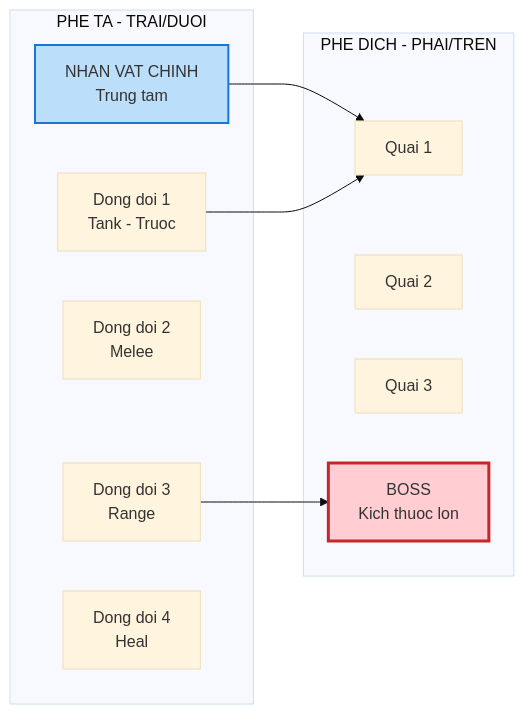
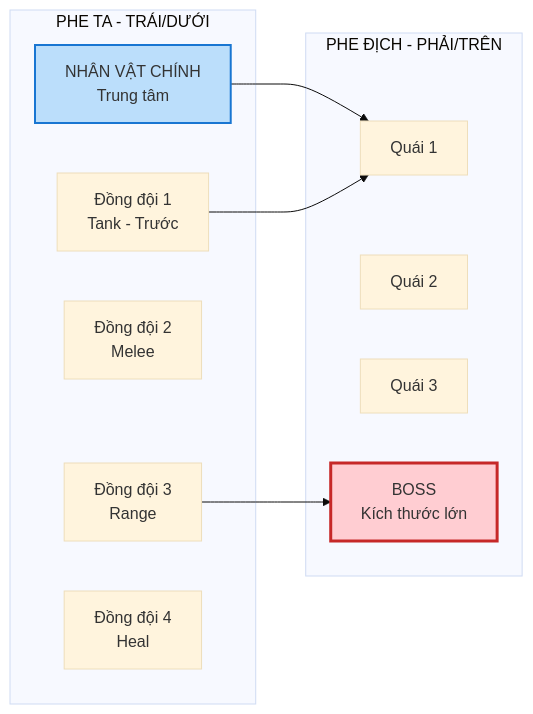
Before and after one commit to luantran-working/idlegame-designdocs: the second of 2 diagrams in docs/chi-tiet-man-hinh-chien-dau.md, drawn with Mermaid (base theme). The commit also changed other lines of this file and 16 other files, not shown here.

Commit message:
feat: Introduce extensive game design documentation covering game systems, UI, and roadmap, and enable Mermaid diagram support in Docusaurus.

````diff
--- a/docs/chi-tiet-man-hinh-chien-dau.md
+++ b/docs/chi-tiet-man-hinh-chien-dau.md
@@ -94,24 +94,24 @@
 ```mermaid
 flowchart LR
-    subgraph LeftSide["PHE TA - TRAI/DUOI"]
-        Hero["NHAN VAT CHINH<br/>Trung tam"]
-        A1["Dong doi 1<br/>Tank - Truoc"]
-        A2["Dong doi 2<br/>Melee"]
-        A3["Dong doi 3<br/>Range"]
-        A4["Dong doi 4<br/>Heal"]
+    subgraph LeftSide["PHE TA - TRÁI/DƯỚI"]
+        Hero["NHÂN VẬT CHÍNH<br/>Trung tâm"]
+        A1["Đồng đội 1<br/>Tank - Trước"]
+        A2["Đồng đội 2<br/>Melee"]
+        A3["Đồng đội 3<br/>Range"]
+        A4["Đồng đội 4<br/>Heal"]
     end
 
-    subgraph RightSide["PHE DICH - PHAI/TREN"]
-        E1["Quai 1"]
-        E2["Quai 2"]
-        E3["Quai 3"]
-        Boss["BOSS<br/>Kich thuoc lon"]
+    subgraph RightSide["PHE ĐỊCH - PHẢI/TRÊN"]
+        E1["Quái 1"]
+        E2["Quái 2"]
+        E3["Quái 3"]
+        Boss["BOSS<br/>Kích thước lớn"]
     end
 
     Hero --> E1
     A1 --> E1
     A3 --> Boss
 
     style Hero fill:#bbdefb,stroke:#1976d2,stroke-width:2px
     style Boss fill:#ffcdd2,stroke:#c62828,stroke-width:3px
 ```
````
